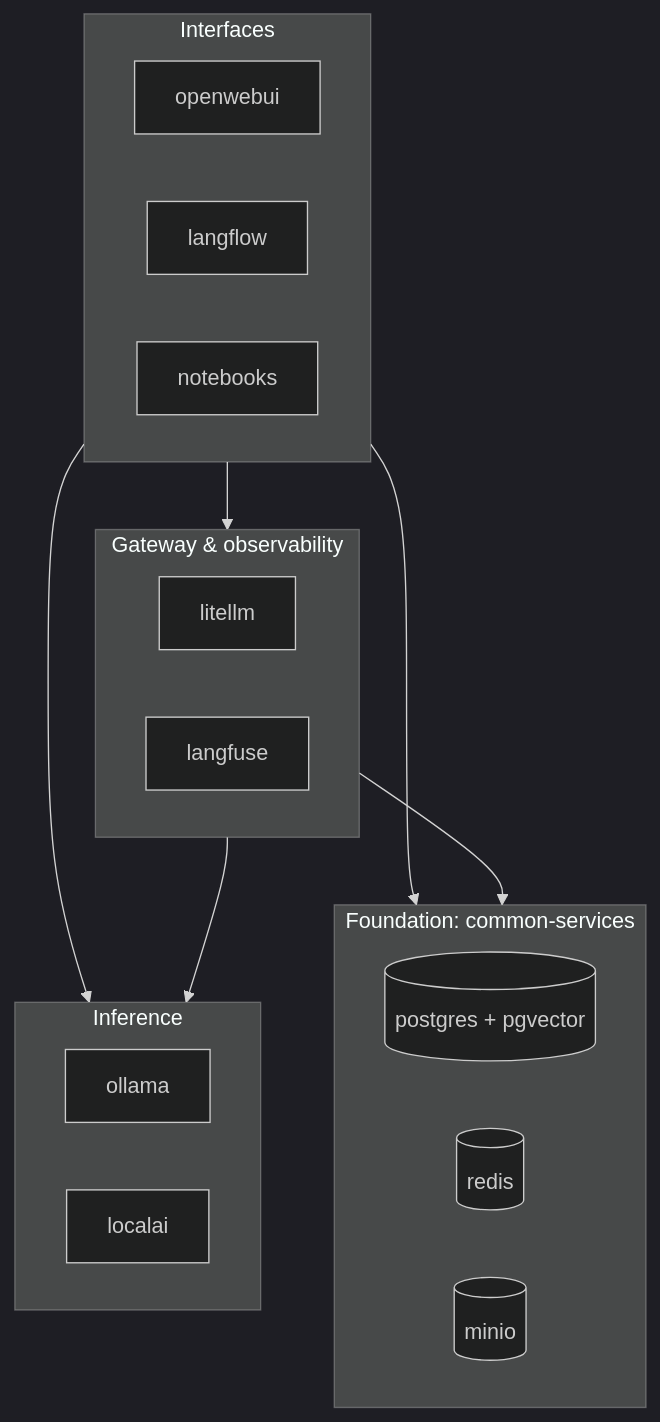
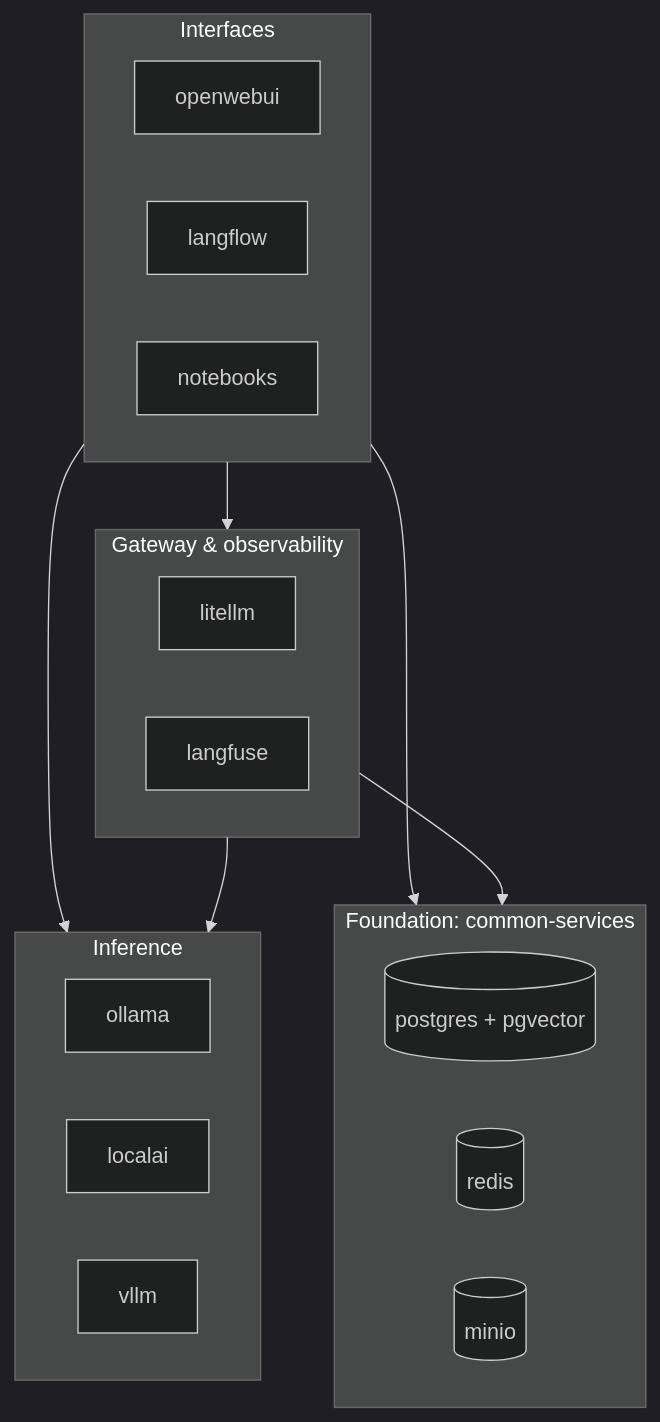
One commit to arthurTemporim/llm-lab changed the first of 2 diagrams in docs/ARCHITECTURE.md. Above: the diagram before and after it, drawn with Mermaid (dark theme). The commit also changed other lines of this file and 11 other files, not shown here.

````diff
--- a/docs/ARCHITECTURE.md
+++ b/docs/ARCHITECTURE.md
@@ -9,26 +9,27 @@
 ```mermaid
 flowchart TB
     subgraph L4["Interfaces"]
         owui["openwebui"]
         lflow["langflow"]
         jup["notebooks"]
     end
     subgraph L3["Gateway & observability"]
         llm["litellm"]
         lf["langfuse"]
     end
     subgraph L2["Inference"]
         oll["ollama"]
         lai["localai"]
+        vl["vllm"]
     end
     subgraph L1["Foundation: common-services"]
         pg[("postgres + pgvector")]
         rd[("redis")]
         mn[("minio")]
     end
     L4 --> L3
     L4 --> L2
     L3 --> L2
     L4 --> L1
     L3 --> L1
 ```
````
